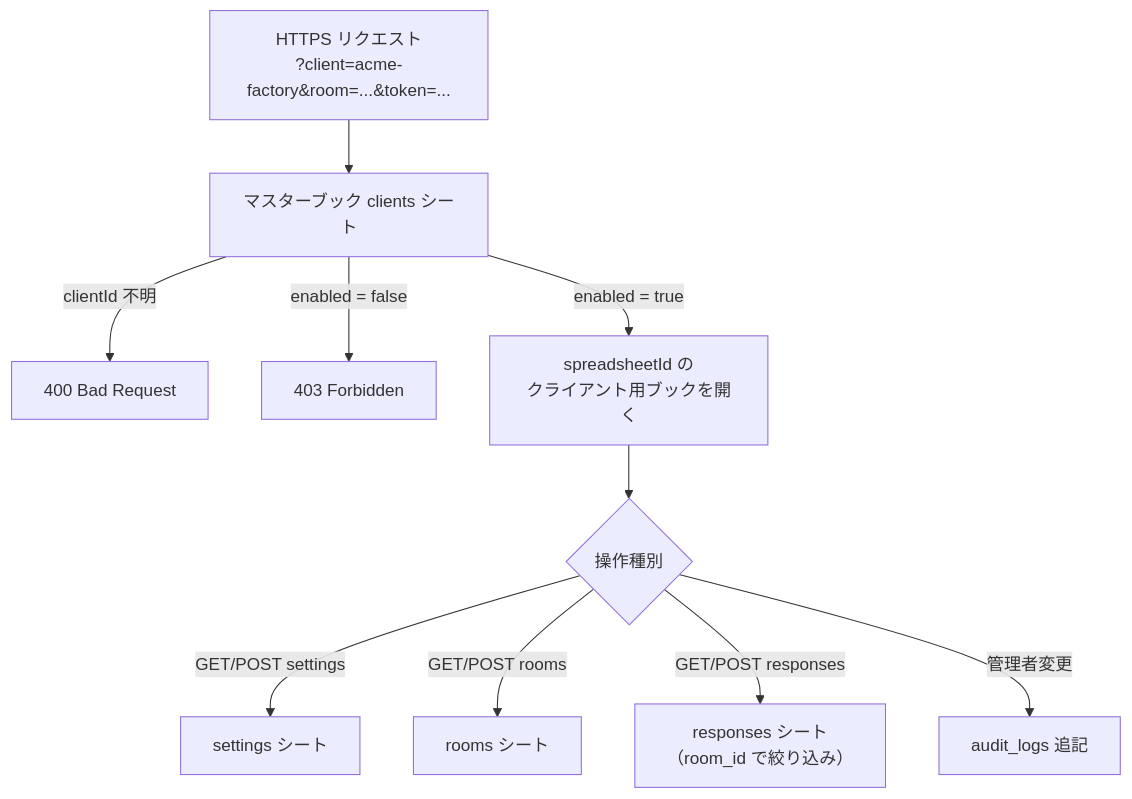
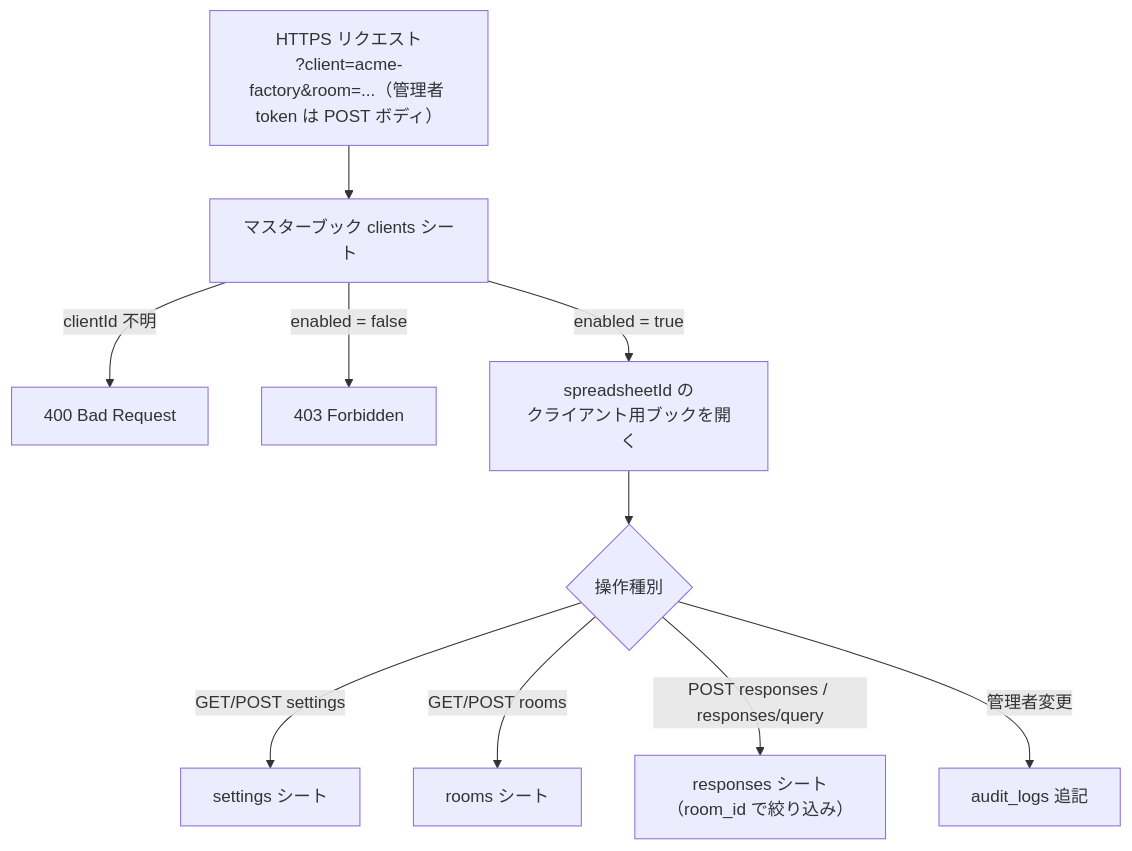
The fifth of 6 diagrams in docs/TECHNICAL-SPEC.md (shintaro0403/experteye360), drawn with Mermaid before and after one commit. The commit also changed other lines of this file and 32 other files, not shown here.

````diff
--- a/docs/TECHNICAL-SPEC.md
+++ b/docs/TECHNICAL-SPEC.md
@@ -913,13 +913,13 @@
 ```mermaid
 flowchart TD
-  REQ["HTTPS リクエスト<br/>?client=acme-factory&room=...&token=..."]
+  REQ["HTTPS リクエスト<br/>?client=acme-factory&room=...（管理者 token は POST ボディ）"]
   REQ --> LOOKUP["マスターブック clients シート"]
   LOOKUP -->|clientId 不明| E400["400 Bad Request"]
   LOOKUP -->|enabled = false| E403["403 Forbidden"]
   LOOKUP -->|enabled = true| OPEN["spreadsheetId の<br/>クライアント用ブックを開く"]
   OPEN --> BR{"操作種別"}
   BR -->|GET/POST settings| SH["settings シート"]
   BR -->|GET/POST rooms| RM["rooms シート"]
-  BR -->|GET/POST responses| RS["responses シート<br/>（room_id で絞り込み）"]
+  BR -->|POST responses / responses/query| RS["responses シート<br/>（room_id で絞り込み）"]
   BR -->|管理者変更| AL["audit_logs 追記"]
 ```
````
